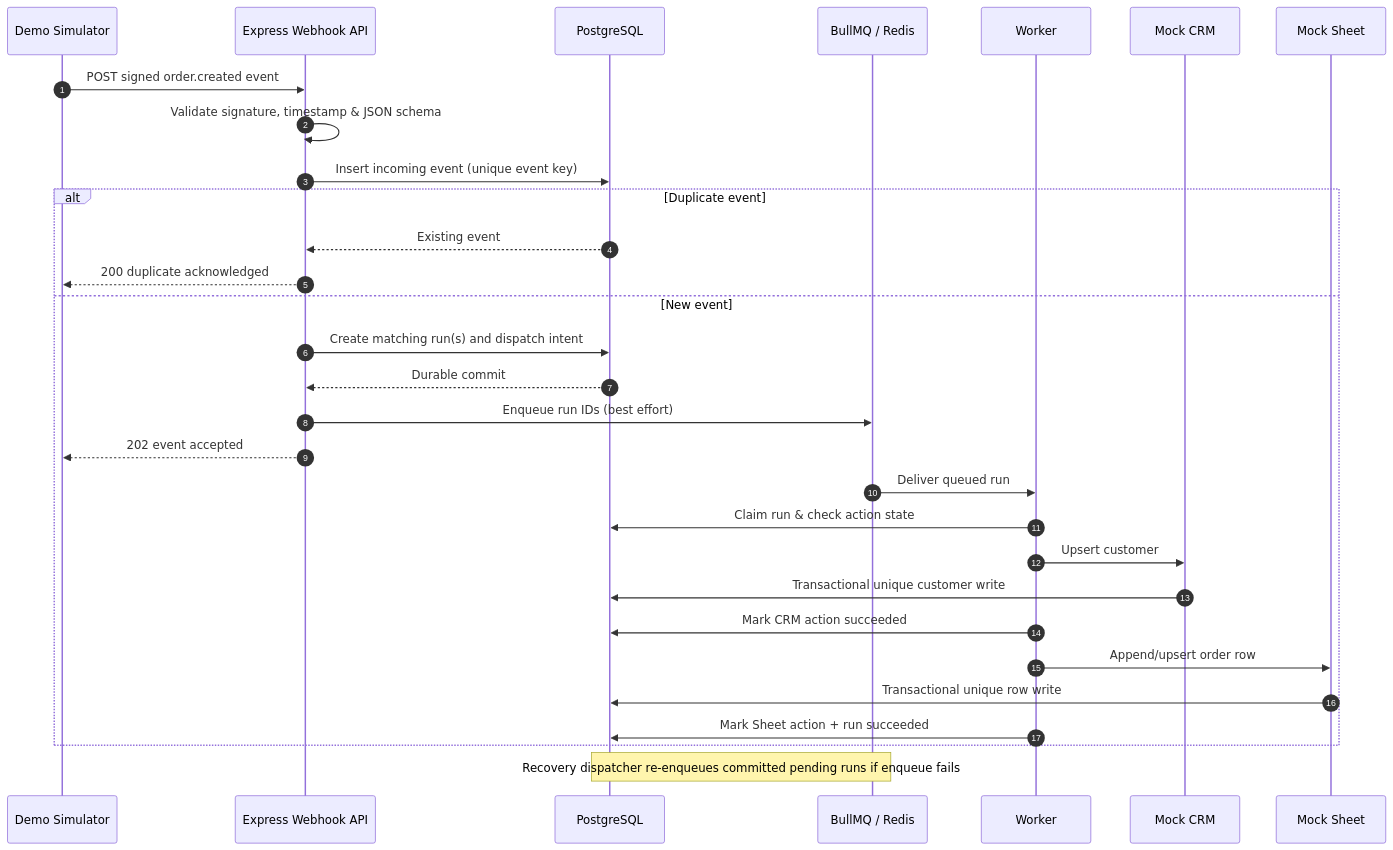
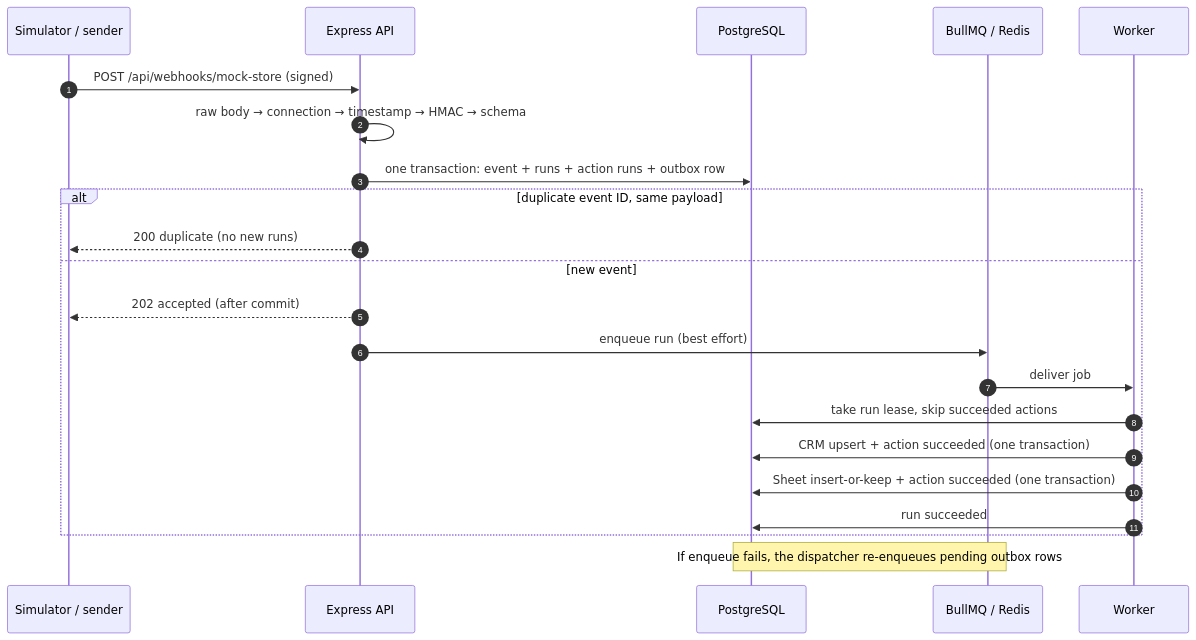
Before and after one commit to shariardipto/Fleqo: the second of 2 diagrams in docs/architecture.md, drawn with Mermaid. The commit also changed other lines of this file and 42 other files, not shown here.

````diff
--- a/docs/architecture.md
+++ b/docs/architecture.md
@@ -79,33 +39,24 @@
 ```mermaid
 sequenceDiagram
   autonumber
-  participant UI as Demo Simulator
-  participant API as Express Webhook API
+  participant S as Simulator / sender
+  participant API as Express API
   participant DB as PostgreSQL
   participant Q as BullMQ / Redis
   participant WK as Worker
-  participant CRM as Mock CRM
-  participant SHEET as Mock Sheet
-
-  UI->>API: POST signed order.created event
-  API->>API: Validate signature, timestamp & JSON schema
-  API->>DB: Insert incoming event (unique event key)
-  alt Duplicate event
-    DB-->>API: Existing event
-    API-->>UI: 200 duplicate acknowledged
-  else New event
-    API->>DB: Create matching run(s) and dispatch intent
-    DB-->>API: Durable commit
-    API->>Q: Enqueue run IDs (best effort)
-    API-->>UI: 202 event accepted
-    Q->>WK: Deliver queued run
-    WK->>DB: Claim run & check action state
-    WK->>CRM: Upsert customer
-    CRM->>DB: Transactional unique customer write
-    WK->>DB: Mark CRM action succeeded
-    WK->>SHEET: Append/upsert order row
-    SHEET->>DB: Transactional unique row write
-    WK->>DB: Mark Sheet action + run succeeded
+  S->>API: POST /api/webhooks/mock-store (signed)
+  API->>API: raw body → connection → timestamp → HMAC → schema
+  API->>DB: one transaction: event + runs + action runs + outbox row
+  alt duplicate event ID, same payload
+    API-->>S: 200 duplicate (no new runs)
+  else new event
+    API-->>S: 202 accepted (after commit)
+    API->>Q: enqueue run (best effort)
+    Q->>WK: deliver job
+    WK->>DB: take run lease, skip succeeded actions
+    WK->>DB: CRM upsert + action succeeded (one transaction)
+    WK->>DB: Sheet insert-or-keep + action succeeded (one transaction)
+    WK->>DB: run succeeded
   end
-  Note over DB,Q: Recovery dispatcher re-enqueues committed pending runs if enqueue fails
+  Note over DB,Q: If enqueue fails, the dispatcher re-enqueues pending outbox rows
 ```
````
